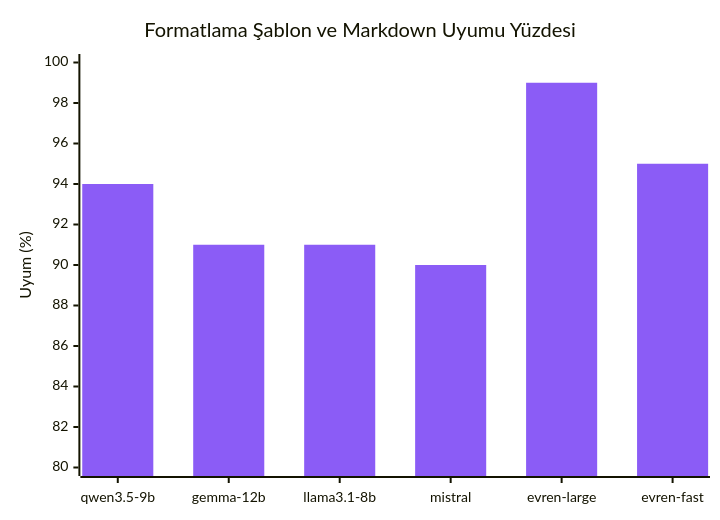
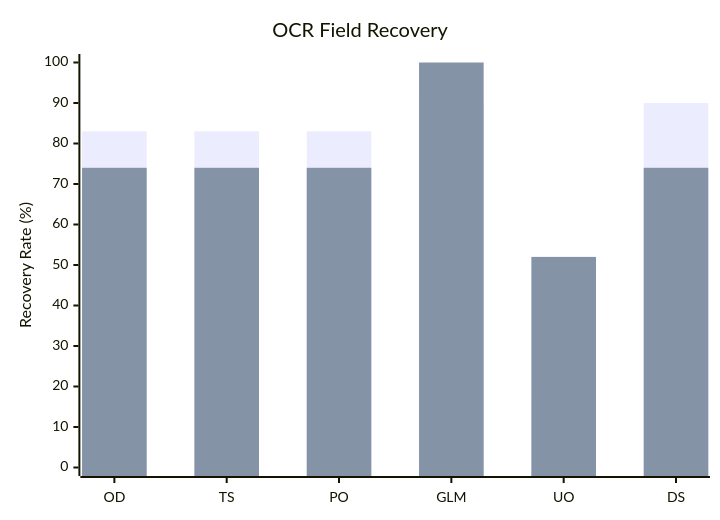
The seventh of 9 diagrams in README.md (chyp3r/KACHOW-Teknofest-2026), drawn with Mermaid before and after one commit. The commit also changed other lines of this file, not shown here.

Commit message:
update(readme): update the readme with better descriptions and diagrams

````diff
--- a/README.md
+++ b/README.md
@@ -740,8 +698,8 @@
 ```mermaid
-%%{init: { 'theme': 'base', 'themeVariables': { 'xyChart': {'plotColorPalette': '#8b5cf6'} } } }%%
 xychart-beta
-    title "Formatlama Şablon ve Markdown Uyumu Yüzdesi"
-    x-axis ["qwen3.5-9b", "gemma-12b", "llama3.1-8b", "mistral", "evren-large", "evren-fast"]
-    y-axis "Uyum (%)" 80 --> 100
-    bar [94, 91, 91, 90, 99, 95]
+    title "OCR Field Recovery"
+    x-axis ["OD", "TS", "PO", "GLM", "UO", "DS"]
+    y-axis "Recovery Rate (%)" 0 --> 100
+    bar [83, 83, 83, 90, 18, 90]
+    bar [74, 74, 74, 100, 52, 74]
 ```
````
